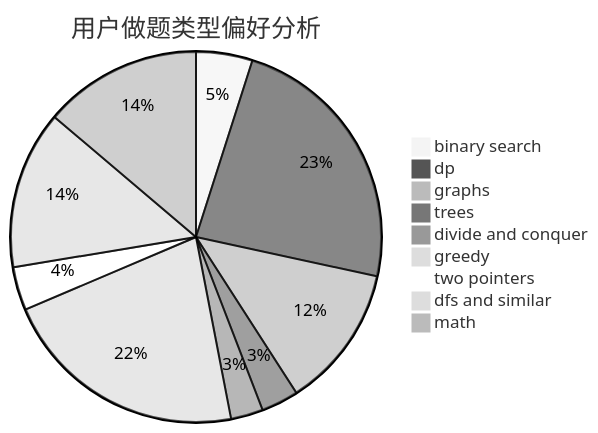
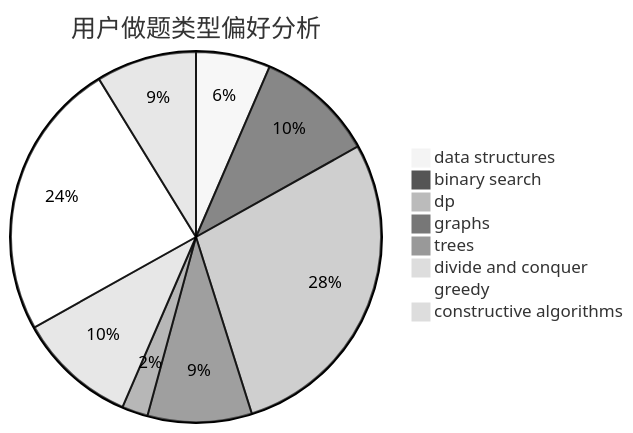
The second of 3 diagrams in docs/user/u2411.md (sherpahu/cfrs.github.io), drawn with Mermaid (neutral theme) before and after one commit. The commit also changed other lines of this file and 2775 other files, not shown here.

````diff
--- a/docs/user/u2411.md
+++ b/docs/user/u2411.md
@@ -23,12 +23,11 @@
 ```mermaid
 pie title 用户做题类型偏好分析
-    "binary search" :  56
-    "dp" :  267
-    "graphs" :  142
-    "trees" :  37
+    "data structures" :  20
+    "binary search" :  32
+    "dp" :  87
+    "graphs" :  28
+    "trees" :  7
     "divide and conquer" :  32
-    "greedy" :  246
-    "two pointers" :  43
-    "dfs and similar" :  157
-    "math" :  157
+    "greedy" :  75
+    "constructive algorithms" :  27
 ```
````
